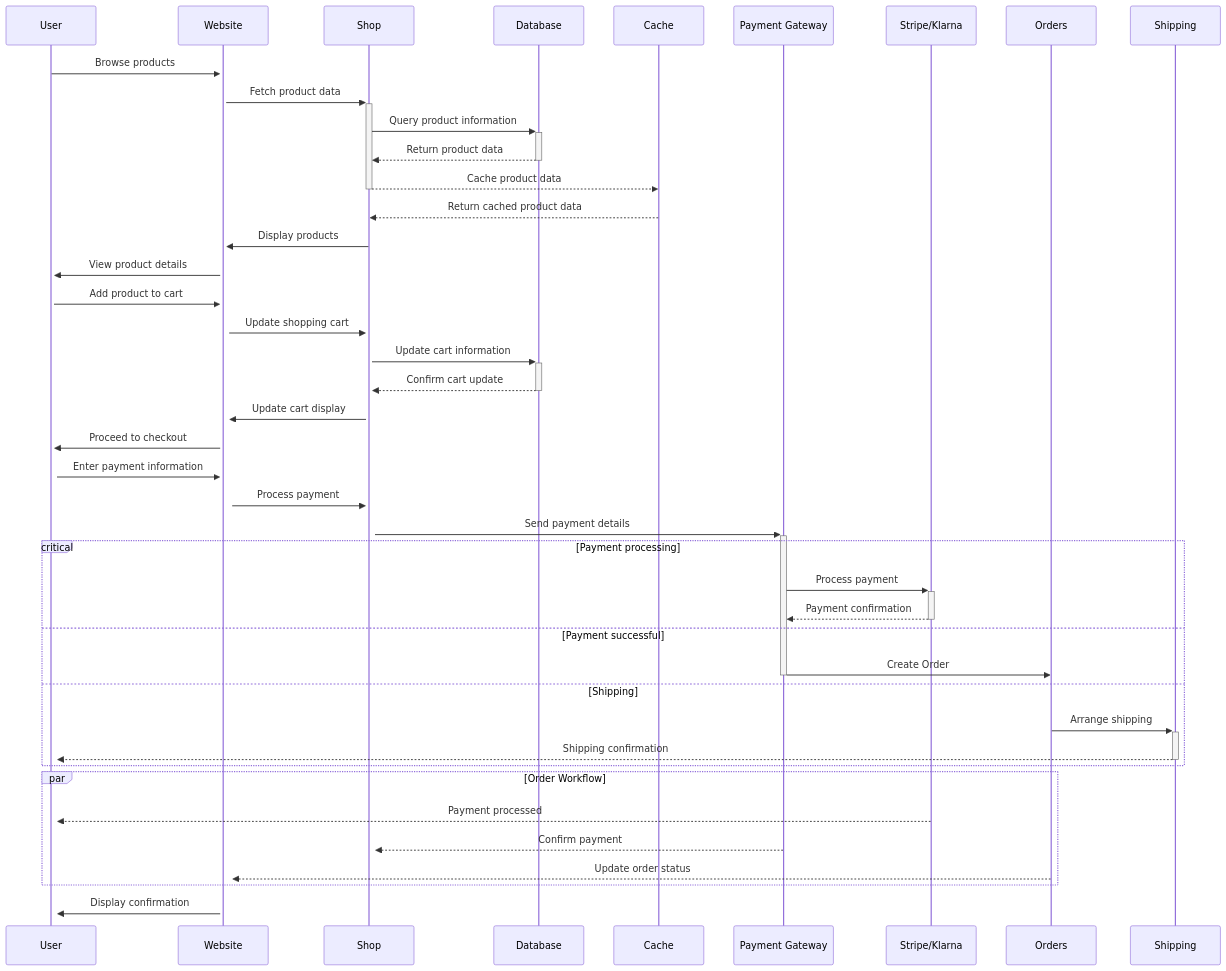
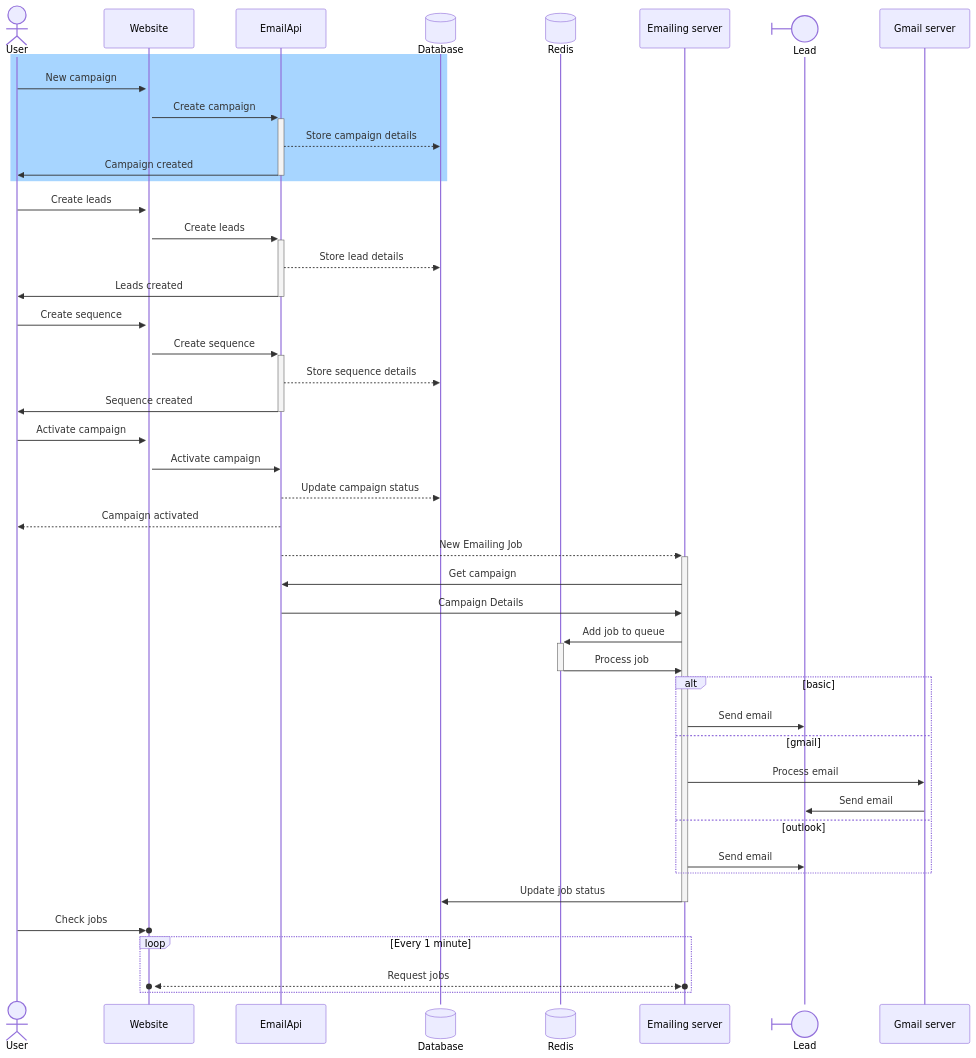
One commit to Zadigo/mycommerce changed the second of 4 diagrams in docs/ARCHITECTURE.md. Above: the diagram before and after it, drawn with Mermaid. The commit also changed other lines of this file and 13 other files, not shown here.

````diff
--- a/docs/ARCHITECTURE.md
+++ b/docs/ARCHITECTURE.md
@@ -94,40 +74,52 @@
 ```mermaid
 sequenceDiagram
-    User->>+Website: Browse products
-    Website->>+Shop: Fetch product data
-    Shop->>+Database: Query product information
-    Database-->>-Shop: Return product data
-    Shop-->>-Cache: Cache product data
-    Cache-->>Shop: Return cached product data
-    Shop->>Website: Display products
-    Website->>+User: View product details
+    actor User
+    participant Website
+    participant EmailApi
+    participant Database@{type: "database"}
+    participant Redis@{type: "database"}
+    participant Emailing server
+    participant Lead@{type: "boundary"}
 
-    User->>+Website: Add product to cart
-    Website->>+Shop: Update shopping cart
-    Shop->>+Database: Update cart information
-    Database-->>-Shop: Confirm cart update
-    Shop->>Website: Update cart display
-    Website->>+User: Proceed to checkout
+    rect rgb(167 213 255)
+    User->>+Website: New campaign
 
-    User->>+Website: Enter payment information
-    Website->>+Shop: Process payment
-    Shop->>+Payment Gateway: Send payment details
-  
-    critical Payment processing
-        Payment Gateway->>+Stripe/Klarna: Process payment
-        Stripe/Klarna-->>-Payment Gateway: Payment confirmation  
-    option Payment successful
-        Payment Gateway->>-Orders: Create Order
-    option Shipping
-        Orders->>+Shipping: Arrange shipping
-        Shipping-->>-User: Shipping confirmation
-    end
-  
-    par Order Workflow
-        Stripe/Klarna-->>User: Payment processed
-        Payment Gateway-->>Shop: Confirm payment
-        Orders-->>Website: Update order status
+    Website->>+EmailApi: Create campaign
+    EmailApi-->>Database: Store campaign details
+    EmailApi->>-User: Campaign created
     end
 
-    Website->>User: Display confirmation
+    User->>Website: Create leads
+    Website->>+EmailApi: Create leads
+    EmailApi-->>Database: Store lead details
+    EmailApi->>-User: Leads created
+
+    User->>Website: Create sequence
+    Website->>+EmailApi: Create sequence
+    EmailApi-->>Database: Store sequence details
+    EmailApi->>-User: Sequence created
+
+    User->>Website: Activate campaign
+    Website->>EmailApi: Activate campaign
+    EmailApi-->>Database: Update campaign status
+    EmailApi-->>User: Campaign activated
+    EmailApi-->>+Emailing server: New Emailing Job
+    Emailing server->>EmailApi: Get campaign
+    EmailApi->>Emailing server: Campaign Details
+    Emailing server->>+Redis: Add job to queue
+    Redis->>-Emailing server: Process job
+    alt basic
+    	Emailing server->>Lead: Send email
+    else gmail
+   	Emailing server->>Gmail server: Process email
+	Gmail server->>Lead: Send email
+    else outlook
+	Emailing server->>Lead: Send email
+    end
+    Emailing server->>-Database: Update job status
+
+    User->>()Website: Check jobs
+    loop Every 1 minute
+    Website()<<-->>()Emailing server: Request jobs
+    end
 ```
````
